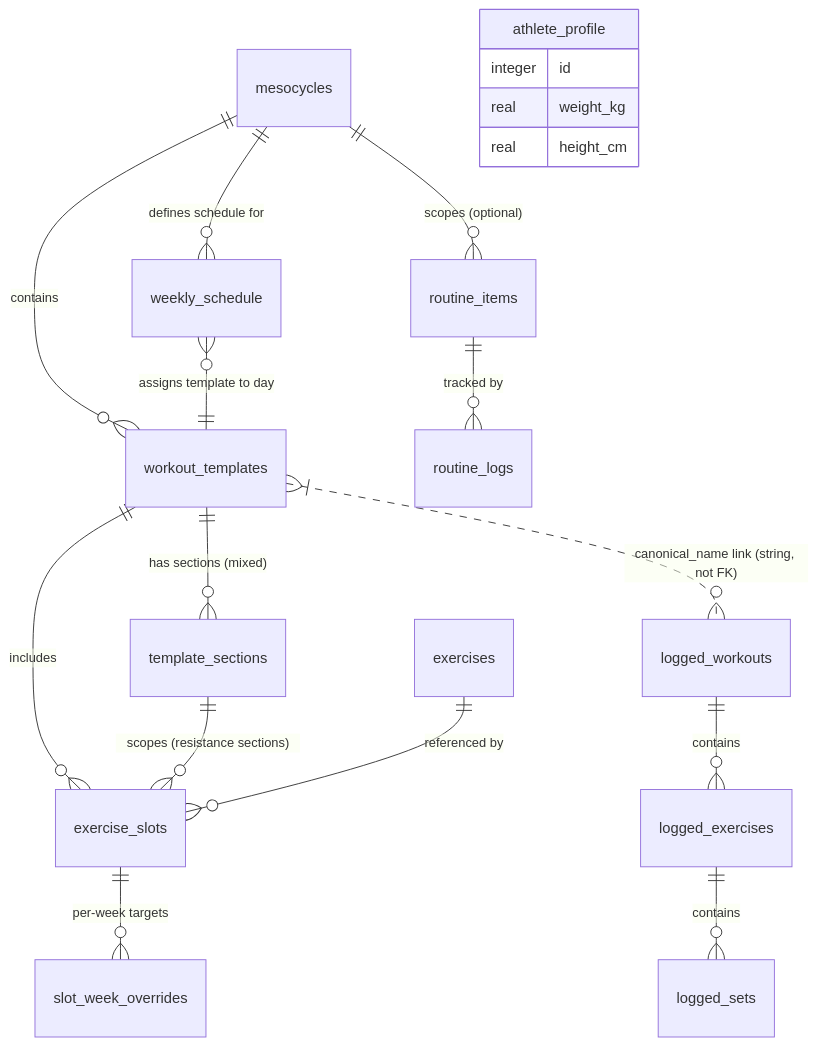
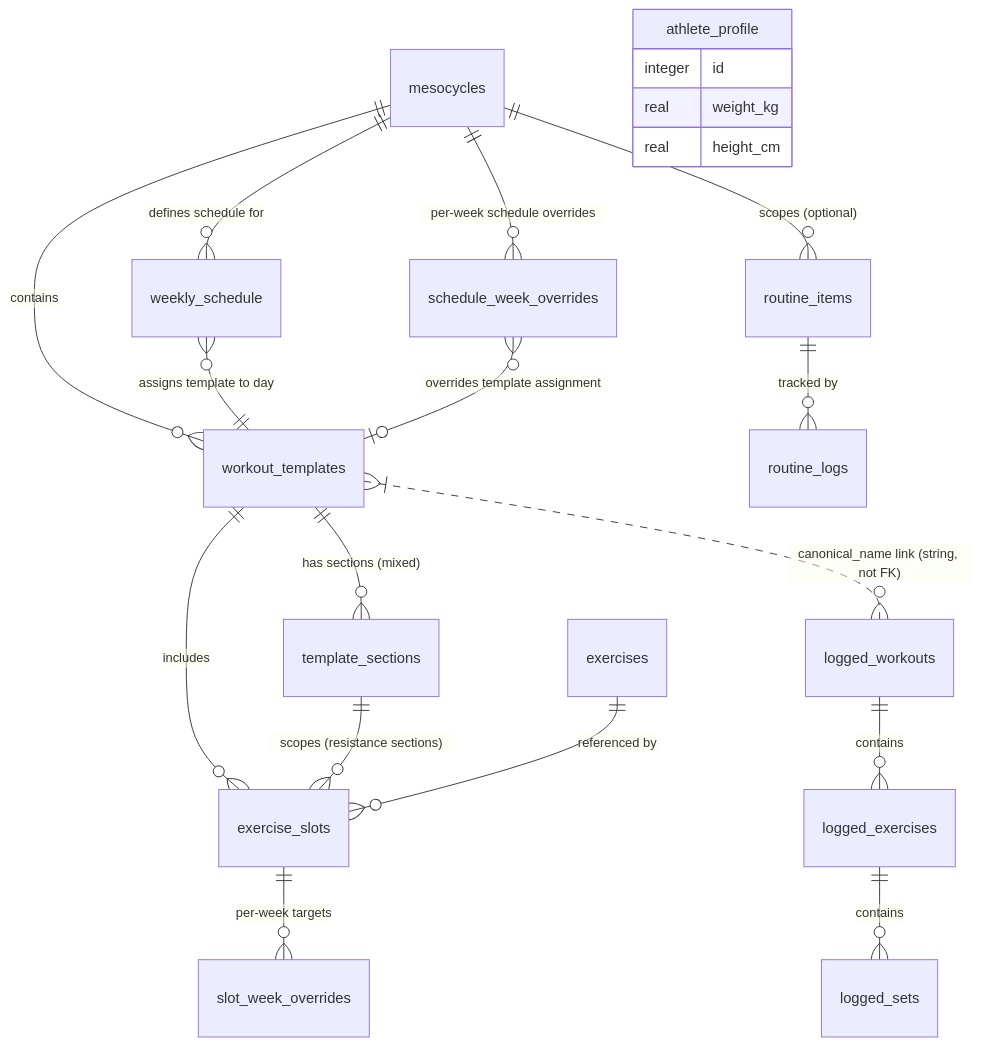
One commit to yaronmolho1/fitness-app changed the second of 2 diagrams in docs/architecture.md. Above: the diagram before and after it, drawn with Mermaid. The commit also changed other lines of this file and 7 other files, not shown here.

First line of the commit message:
feat: [T182] schedule_week_overrides schema + migration (#417)

````diff
--- a/docs/architecture.md
+++ b/docs/architecture.md
@@ -54,23 +54,25 @@
 ```mermaid
 erDiagram
     mesocycles ||--o{ workout_templates : "contains"
     mesocycles ||--o{ weekly_schedule : "defines schedule for"
     mesocycles ||--o{ routine_items : "scopes (optional)"
     workout_templates ||--o{ template_sections : "has sections (mixed)"
     workout_templates ||--o{ exercise_slots : "includes"
     template_sections ||--o{ exercise_slots : "scopes (resistance sections)"
     exercises ||--o{ exercise_slots : "referenced by"
     exercise_slots ||--o{ slot_week_overrides : "per-week targets"
     weekly_schedule }o--|| workout_templates : "assigns template to day"
+    mesocycles ||--o{ schedule_week_overrides : "per-week schedule overrides"
+    schedule_week_overrides }o--o| workout_templates : "overrides template assignment"
 
     logged_workouts ||--o{ logged_exercises : "contains"
     logged_exercises ||--o{ logged_sets : "contains"
     routine_items ||--o{ routine_logs : "tracked by"
     athlete_profile {
         integer id
         real weight_kg
         real height_cm
     }
 
     workout_templates }|..o{ logged_workouts : "canonical_name link (string, not FK)"
 ```
````
